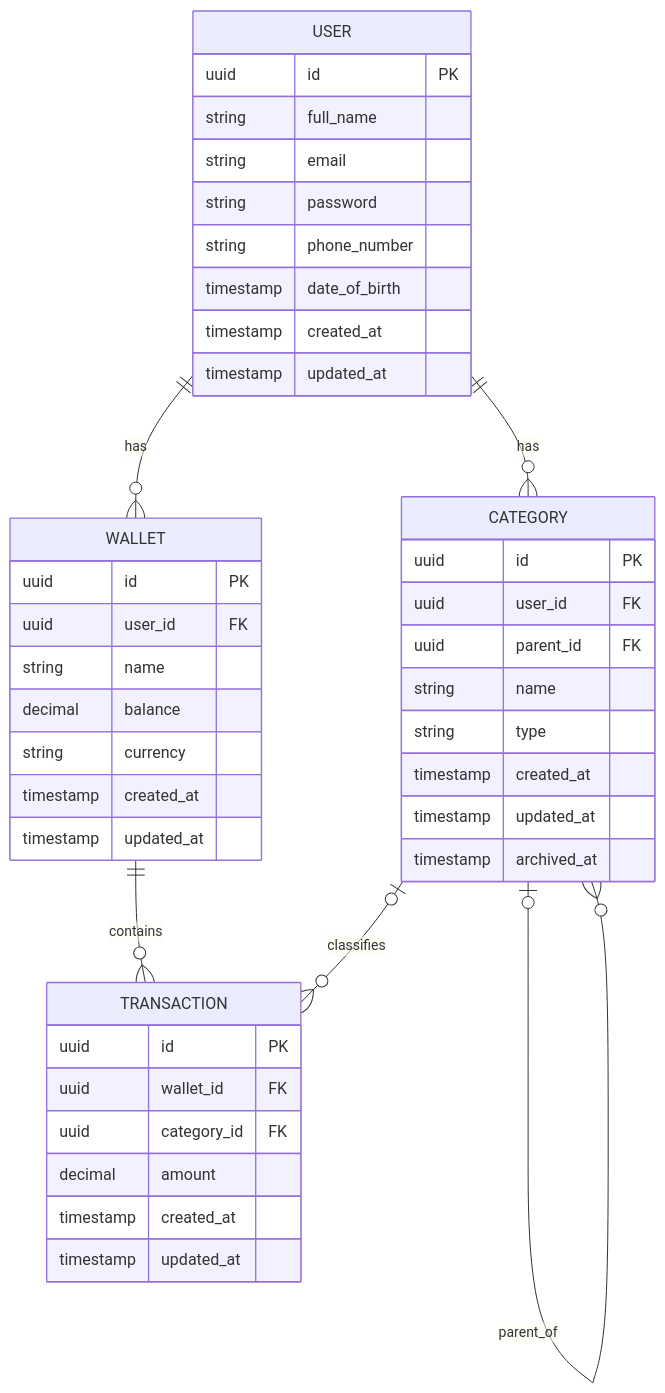
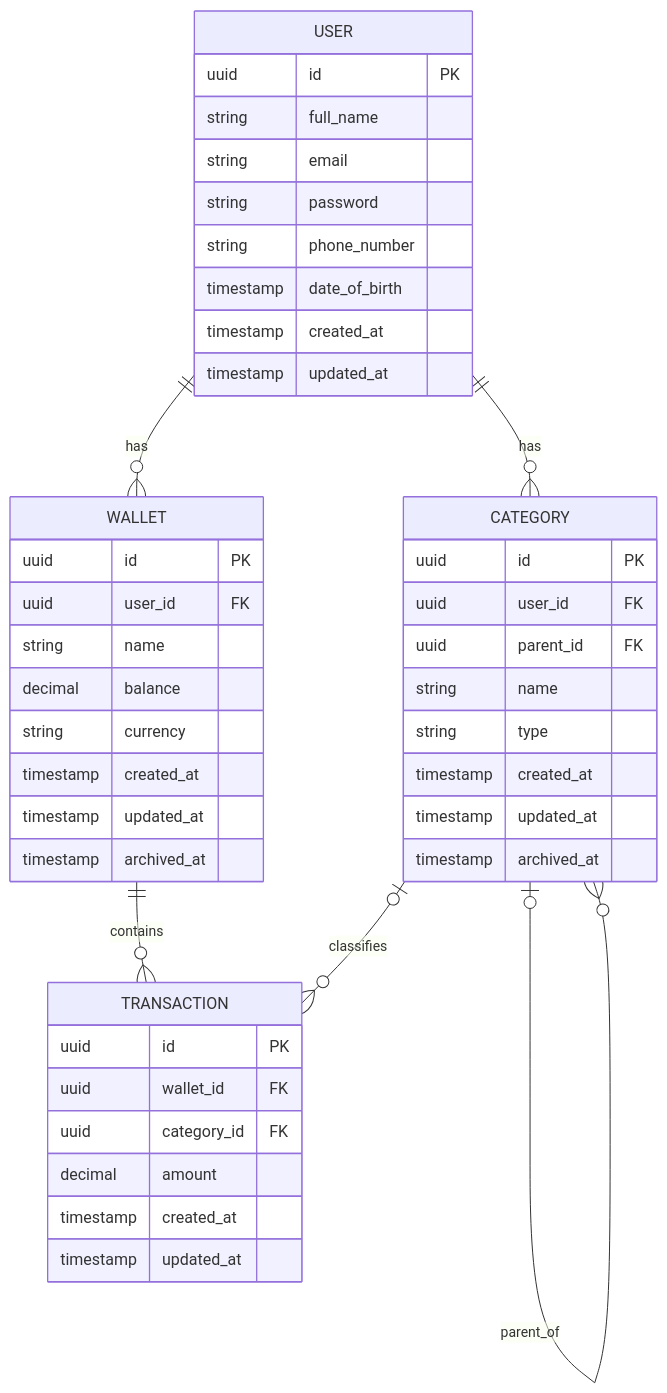
One commit to kdieu4/PersonalFinanceManagementSystem changed the third of 4 diagrams in SDD-Template.md. Above: the diagram before and after it, drawn with Mermaid. The commit also changed 10 other files, not shown here.

````diff
--- a/SDD-Template.md
+++ b/SDD-Template.md
@@ -283,46 +283,47 @@
 ```mermaid
 erDiagram
     USER ||--o{ CATEGORY: "has"
     USER ||--o{ WALLET: "has"
     WALLET ||--O{ TRANSACTION: "contains"
     CATEGORY O|--O{ TRANSACTION: "classifies"
     CATEGORY O|--O{ CATEGORY: "parent_of"
 
     USER {
         uuid id PK
         string full_name
         string email
         string password
         string phone_number
         timestamp date_of_birth
         timestamp created_at
         timestamp updated_at
     }
     CATEGORY {
         uuid id PK
         uuid user_id FK
         uuid parent_id FK
         string name
         string type
         timestamp created_at
         timestamp updated_at
         timestamp archived_at
     }
     WALLET {
         uuid id PK
         uuid user_id FK
         string name
         decimal balance
         string currency
         timestamp created_at
         timestamp updated_at
+        timestamp archived_at
     }
     TRANSACTION {
         uuid id PK
         uuid wallet_id FK
         uuid category_id FK
         decimal amount
         timestamp created_at
         timestamp updated_at
     }
 ```
````
